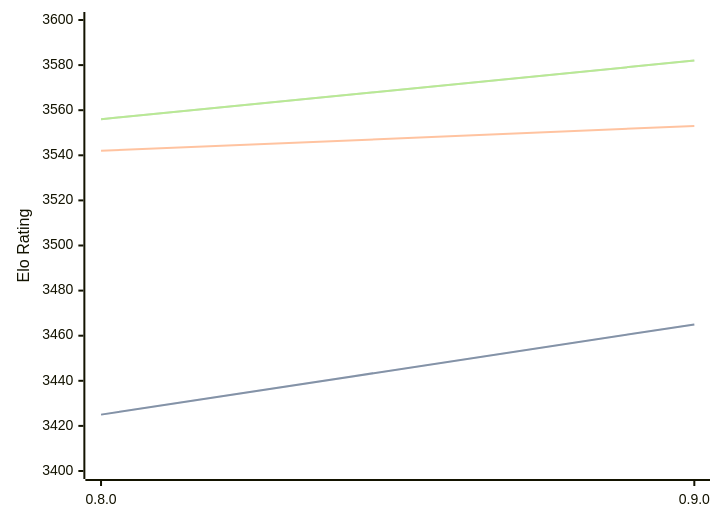
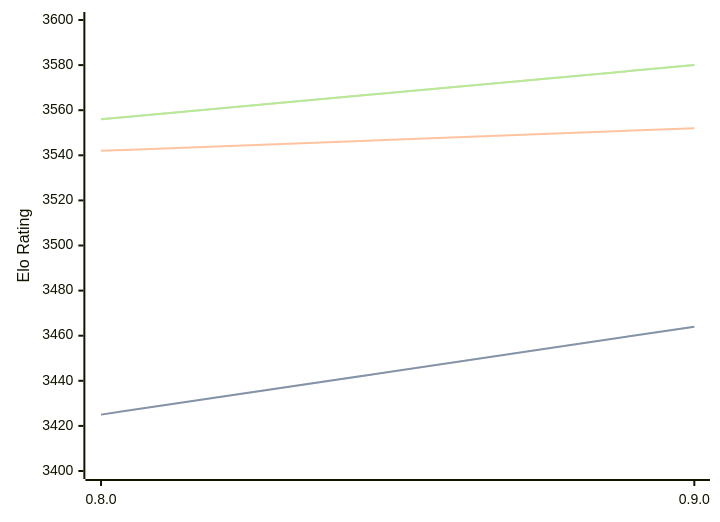
Before and after one commit to computer-chess-index/cci: the third of 3 diagrams in engines/Reckless.md, drawn with Mermaid. The commit also changed other lines of this file, not shown here.

Commit message:
Update CCI Ratings (ELO VLTC) - 2026-06-20

````diff
--- a/engines/Reckless.md
+++ b/engines/Reckless.md
@@ -72,11 +72,11 @@
 ```mermaid
 %%{init: {"theme":"base","themeVariables":{"seriesColors:['#a3a3a3','#222221','#faa371']}}}%%
 xychart-beta
   x-axis ["0.8.0", "0.9.0"]
   y-axis "Elo Rating" 3400 --> 3600
-  line "STC (8.0+0.08s)" [3425, 3465]
-  line "STC (8.0+0.08s)" [3425, 3465]
-  line "LTC (60.0+0.60s)" [3542, 3553]
-  line "VLTC (2m24s+1.12s)" [3556, 3582]
-  line "VLTC (2m24s+1.12s)" [3556, 3582]
+  line "STC (8.0+0.08s)" [3425, 3464]
+  line "STC (8.0+0.08s)" [3425, 3464]
+  line "LTC (60.0+0.60s)" [3542, 3552]
+  line "VLTC (2m24s+1.12s)" [3556, 3580]
+  line "VLTC (2m24s+1.12s)" [3556, 3580]
 ```
````
